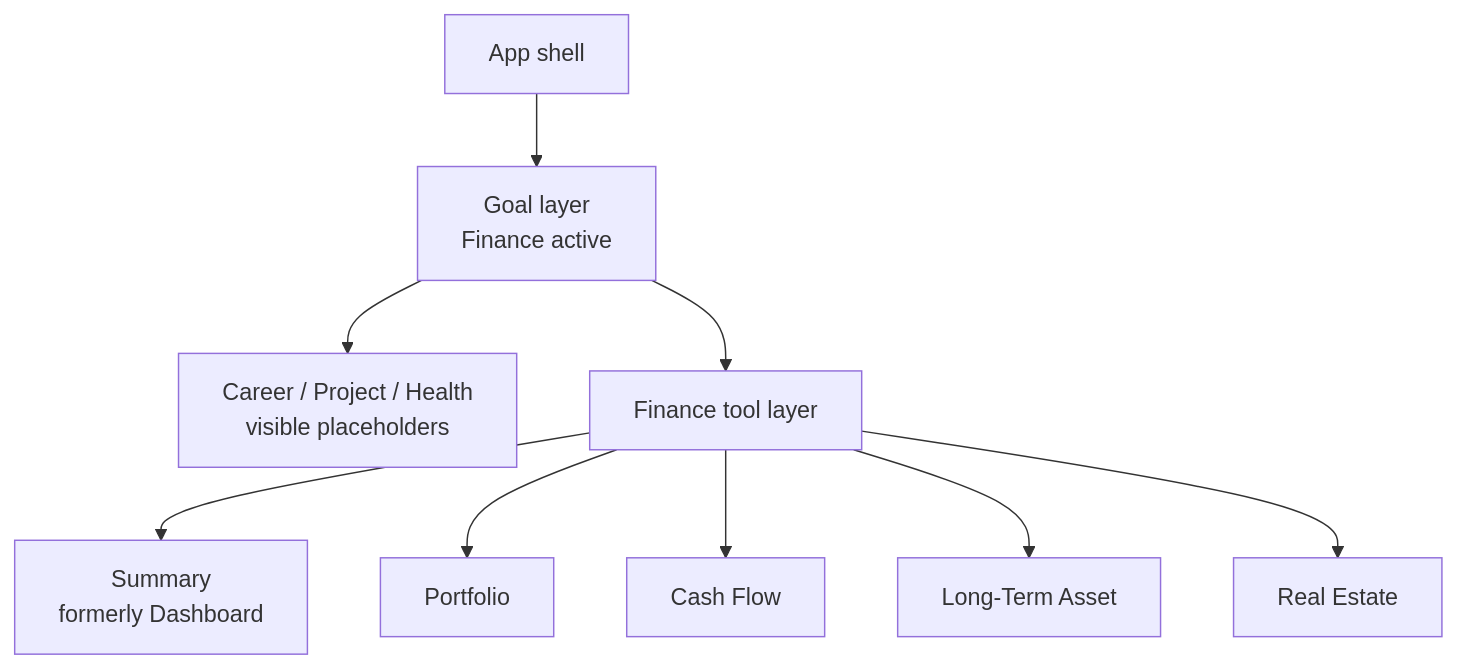
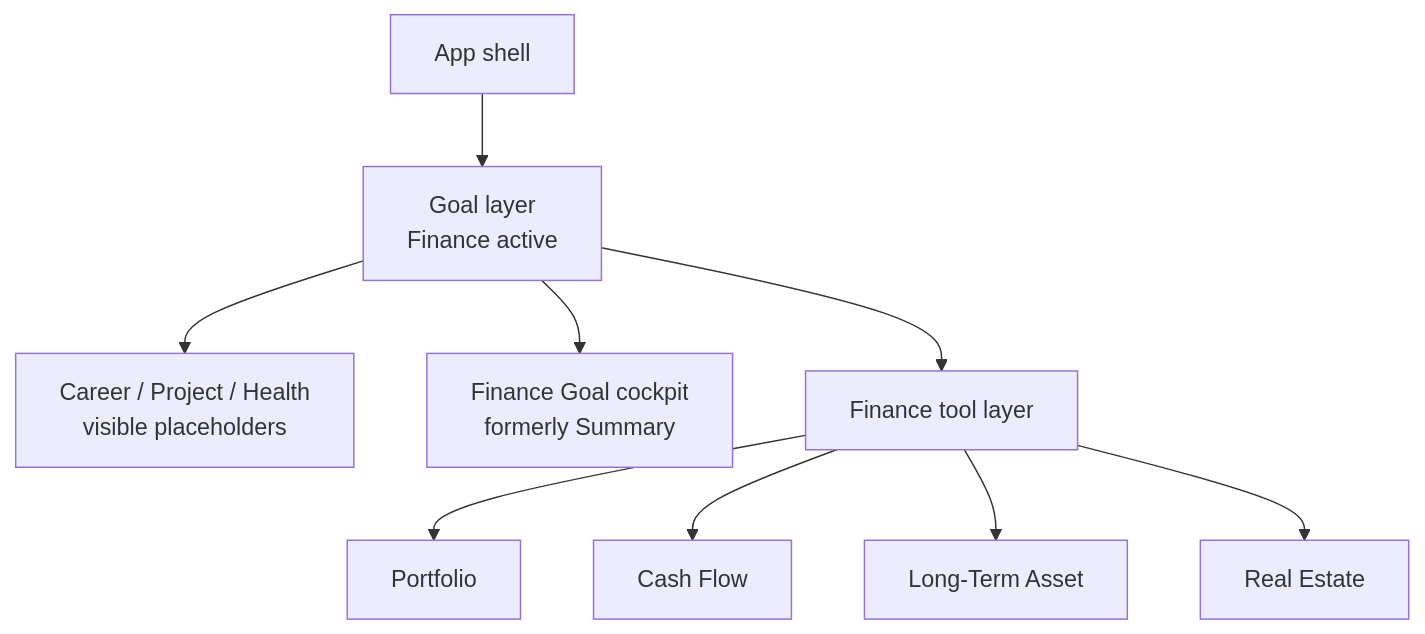
One commit to ksg0694-ops/NetVisualizer changed the third of 13 diagrams in docs/02-design/current-architecture-map.md. Above: the diagram before and after it, drawn with Mermaid. The commit also changed other lines of this file and 2 other files, not shown here.

Commit message:
Make finance cockpit the goal screen

````diff
--- a/docs/02-design/current-architecture-map.md
+++ b/docs/02-design/current-architecture-map.md
@@ -52,12 +52,12 @@
 ```mermaid
 flowchart TD
     AppShell["App shell"] --> GoalLayer["Goal layer\nFinance active"]
     GoalLayer --> FutureGoals["Career / Project / Health\nvisible placeholders"]
+    GoalLayer --> FinanceCockpit["Finance Goal cockpit\nformerly Summary"]
     GoalLayer --> FinanceTools["Finance tool layer"]
 
-    FinanceTools --> Summary["Summary\nformerly Dashboard"]
     FinanceTools --> Portfolio["Portfolio"]
     FinanceTools --> CashFlow["Cash Flow"]
     FinanceTools --> AssetTrend["Long-Term Asset"]
     FinanceTools --> RealEstate["Real Estate"]
 ```
````
